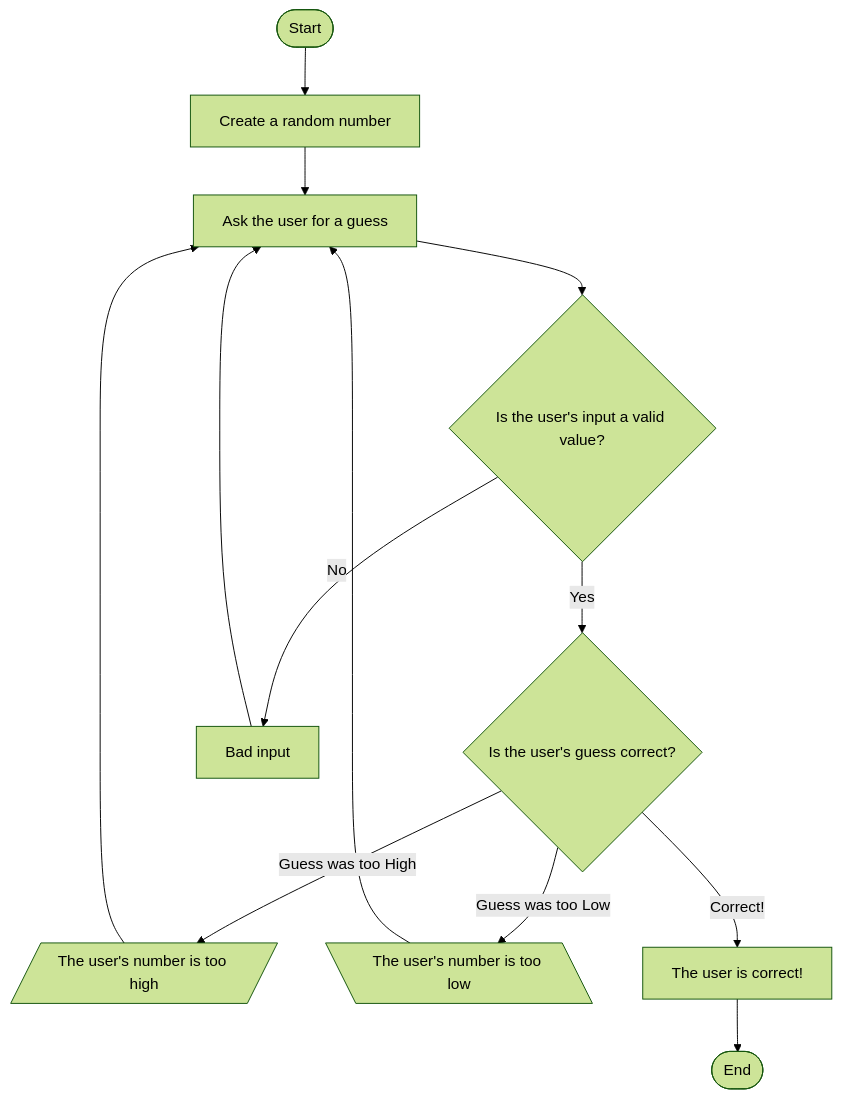
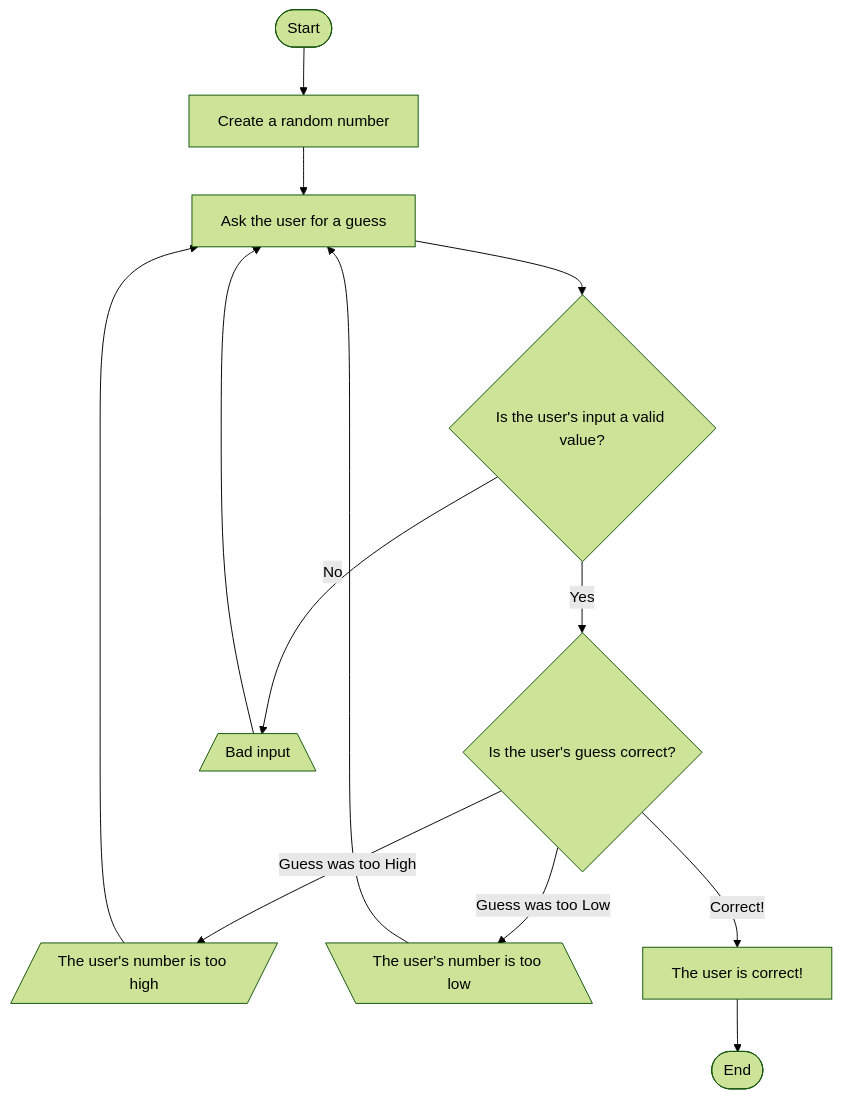
Before and after one commit to rmjohnson12/rmjohnson12.github.io: the diagram in guessing.md, drawn with Mermaid (forest theme).

````diff
--- a/guessing.md
+++ b/guessing.md
@@ -1,15 +1,15 @@
 ```mermaid
 flowchart TD
     Start([Start]) --> A[Create a random number]
     A --> B[Ask the user for a guess]
     B --> C{Is the user's input a valid value?}
     C -- "Yes" --> D{Is the user's guess correct?}
-    C -- "No" --> E[Bad input]
+    C -- "No" --> E[/Bad input\]
     E --> B
     D -- "Guess was too High" --> F[/The user's number is too high/]
     F --> B
     D -- "Guess was too Low" --> G[\The user's number is too low\]
     G --> B
     D -- "Correct!" --> H[The user is correct!]
     H --> End([End])
 ```
````
